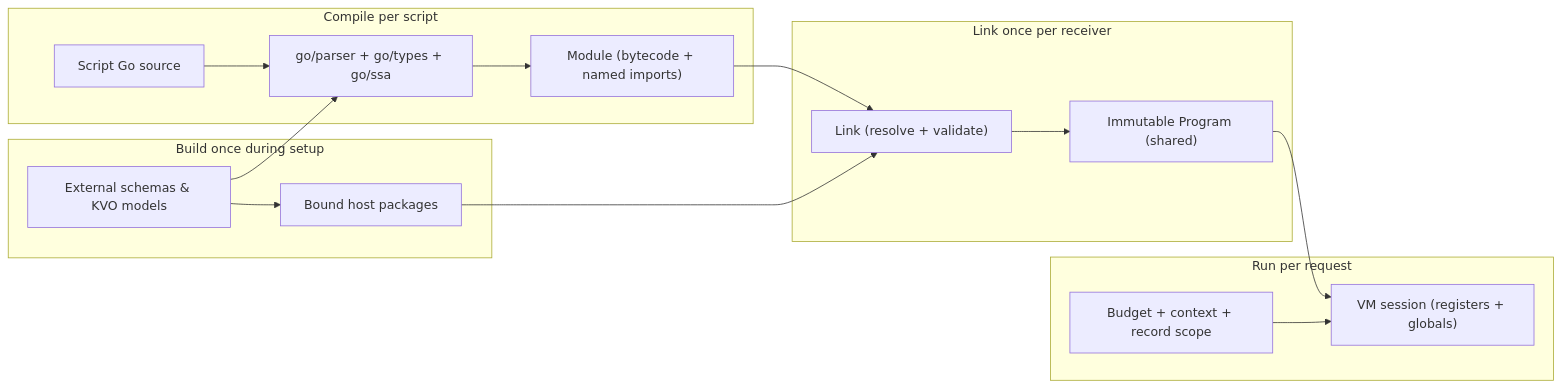
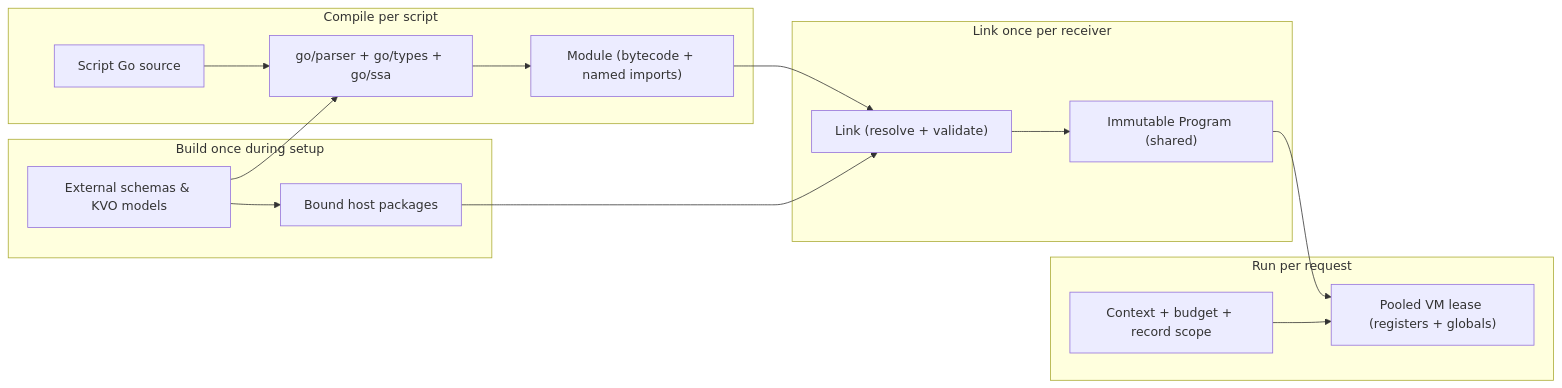
Before and after one commit to andreyvit/evm: the first of 9 diagrams in _docs/EVMBook.md, drawn with Mermaid. The commit also changed other lines of this file and 10 other files, not shown here.

````diff
--- a/_docs/EVMBook.md
+++ b/_docs/EVMBook.md
@@ -166,22 +166,22 @@
 ```mermaid
 flowchart LR
     subgraph Setup["Build once during setup"]
         S["External schemas & KVO models"]
         H["Bound host packages"]
         S --> H
     end
     subgraph Compile["Compile per script"]
         G["Script Go source"] --> C["go/parser + go/types + go/ssa"]
         S --> C
         C --> M["Module (bytecode + named imports)"]
     end
     subgraph Link["Link once per receiver"]
         M --> L["Link (resolve + validate)"]
         H --> L
         L --> P["Immutable Program (shared)"]
     end
     subgraph Run["Run per request"]
-        P --> V["VM session (registers + globals)"]
-        X["Budget + context + record scope"] --> V
+        P --> V["Pooled VM lease (registers + globals)"]
+        X["Context + budget + record scope"] --> V
     end
 ```
````
